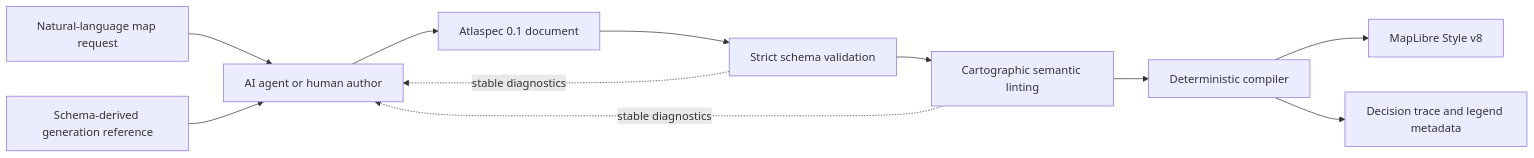
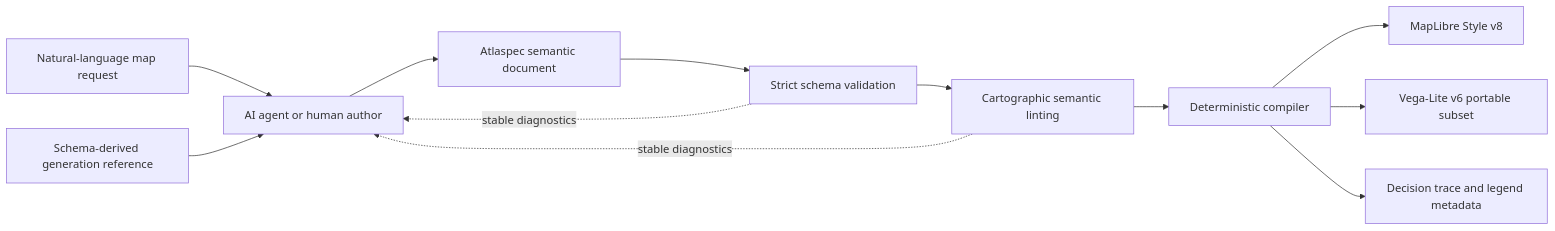
The diagram in README.md (tauptlab/atlaspec), drawn with Mermaid before and after one commit. The commit also changed other lines of this file, not shown here.

First line of the commit message:
docs(readme): foreground current Atlaspec evidence

````diff
--- a/README.md
+++ b/README.md
@@ -89,13 +129,14 @@
 ```mermaid
 flowchart LR
     U["Natural-language map request"] --> A["AI agent or human author"]
     R["Schema-derived generation reference"] --> A
-    A --> D["Atlaspec 0.1 document"]
+    A --> D["Atlaspec semantic document"]
     D --> V["Strict schema validation"]
     V --> L["Cartographic semantic linting"]
     L --> C["Deterministic compiler"]
     C --> M["MapLibre Style v8"]
+    C --> G["Vega-Lite v6 portable subset"]
     C --> T["Decision trace and legend metadata"]
     V -.->|stable diagnostics| A
     L -.->|stable diagnostics| A
 ```
````
